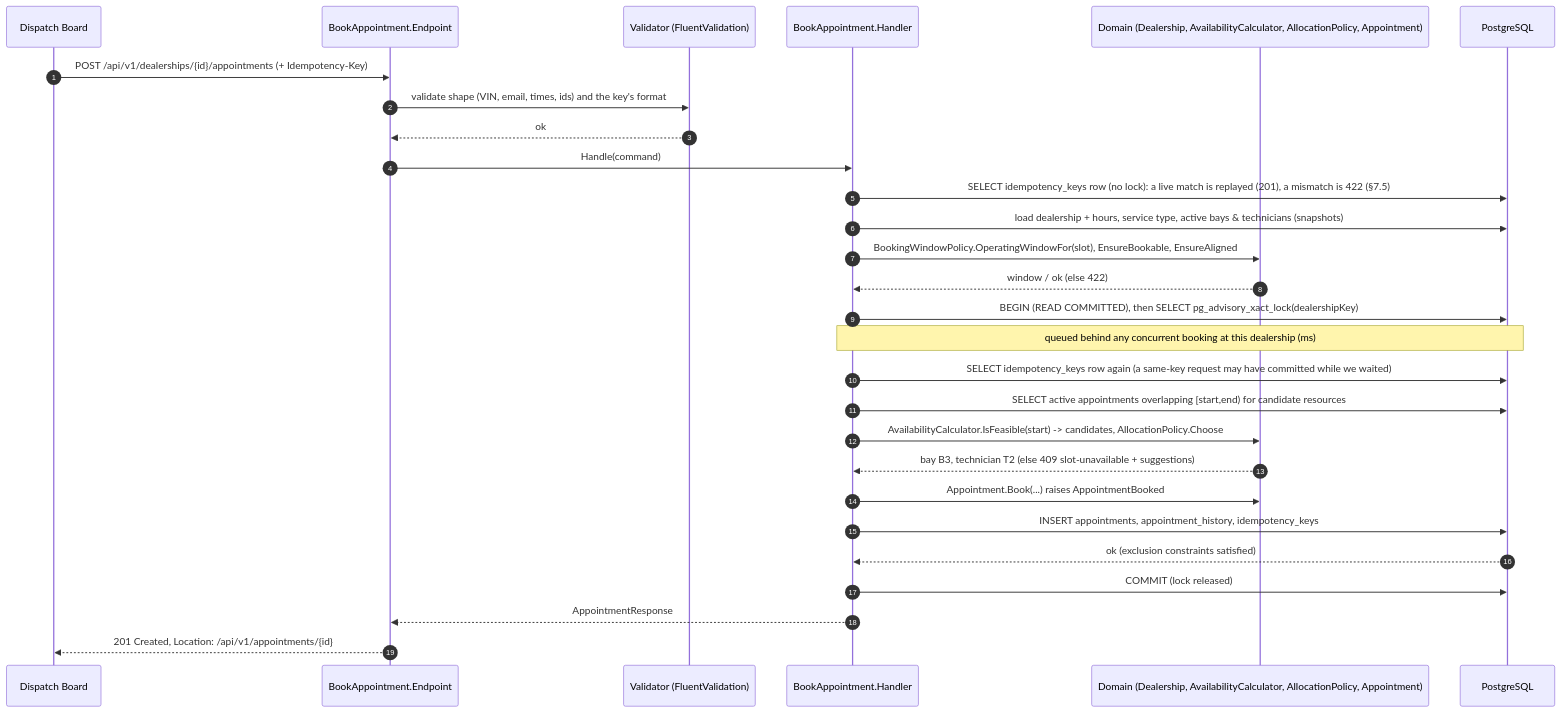
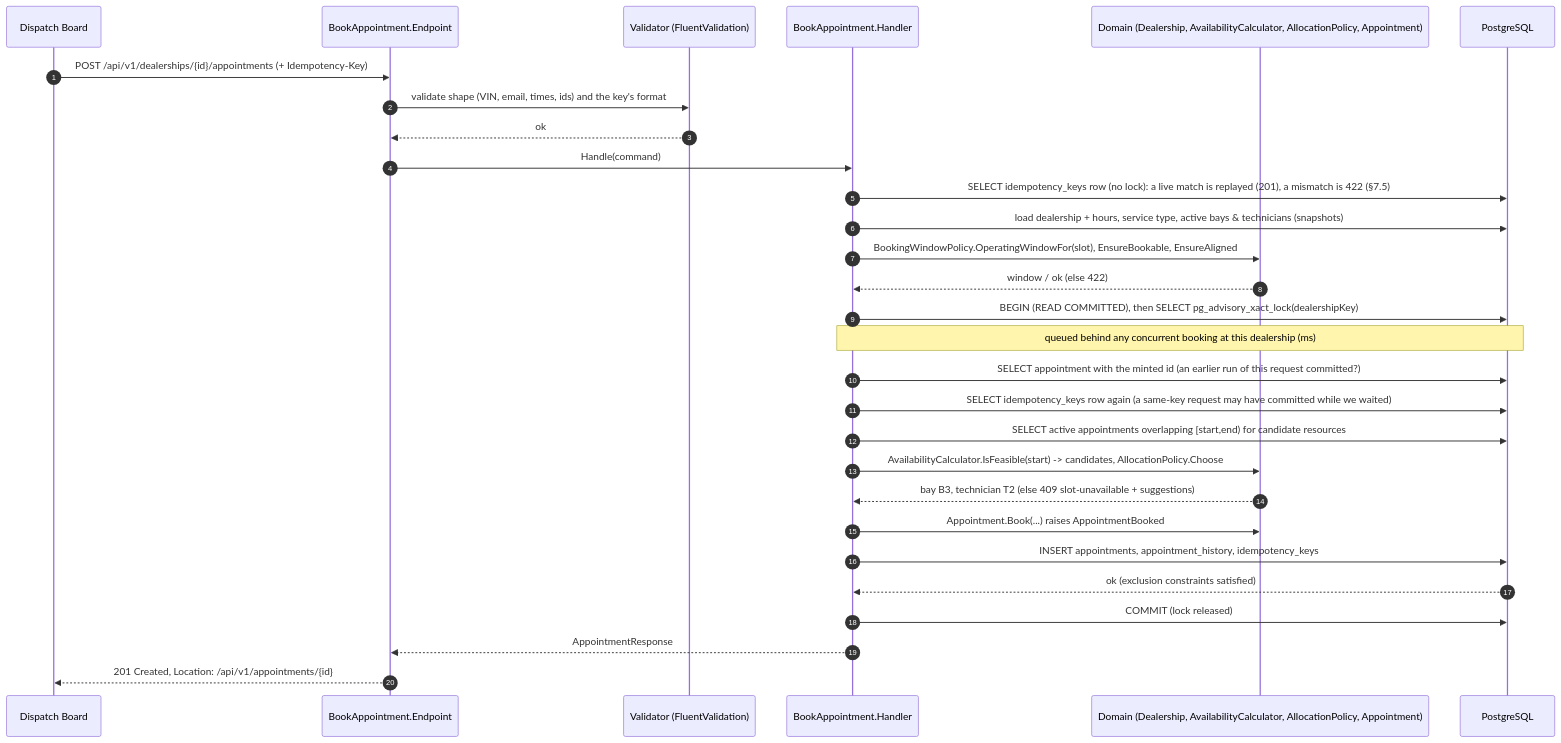
One commit to kylesmile1103/keyloop-service-scheduler changed the sixth of 12 diagrams in docs/SYSTEM_DESIGN.md. Above: the diagram before and after it, drawn with Mermaid. The commit also changed other lines of this file and 16 other files, not shown here.

````diff
--- a/docs/SYSTEM_DESIGN.md
+++ b/docs/SYSTEM_DESIGN.md
@@ -664,31 +669,32 @@
 ```mermaid
 sequenceDiagram
     autonumber
     participant UI as Dispatch Board
     participant EP as BookAppointment.Endpoint
     participant V as Validator (FluentValidation)
     participant H as BookAppointment.Handler
     participant D as Domain (Dealership, AvailabilityCalculator, AllocationPolicy, Appointment)
     participant DB as PostgreSQL
 
     UI->>EP: POST /api/v1/dealerships/{id}/appointments (+ Idempotency-Key)
     EP->>V: validate shape (VIN, email, times, ids) and the key's format
     V-->>EP: ok
     EP->>H: Handle(command)
     H->>DB: SELECT idempotency_keys row (no lock): a live match is replayed (201), a mismatch is 422 (§7.5)
     H->>DB: load dealership + hours, service type, active bays & technicians (snapshots)
     H->>D: BookingWindowPolicy.OperatingWindowFor(slot), EnsureBookable, EnsureAligned
     D-->>H: window / ok (else 422)
     H->>DB: BEGIN (READ COMMITTED), then SELECT pg_advisory_xact_lock(dealershipKey)
     Note over H,DB: queued behind any concurrent booking at this dealership (ms)
+    H->>DB: SELECT appointment with the minted id (an earlier run of this request committed?)
     H->>DB: SELECT idempotency_keys row again (a same-key request may have committed while we waited)
     H->>DB: SELECT active appointments overlapping [start,end) for candidate resources
     H->>D: AvailabilityCalculator.IsFeasible(start) -> candidates, AllocationPolicy.Choose
     D-->>H: bay B3, technician T2 (else 409 slot-unavailable + suggestions)
     H->>D: Appointment.Book(...) raises AppointmentBooked
     H->>DB: INSERT appointments, appointment_history, idempotency_keys
     DB-->>H: ok (exclusion constraints satisfied)
     H->>DB: COMMIT (lock released)
     H-->>EP: AppointmentResponse
     EP-->>UI: 201 Created, Location: /api/v1/appointments/{id}
 ```
````
